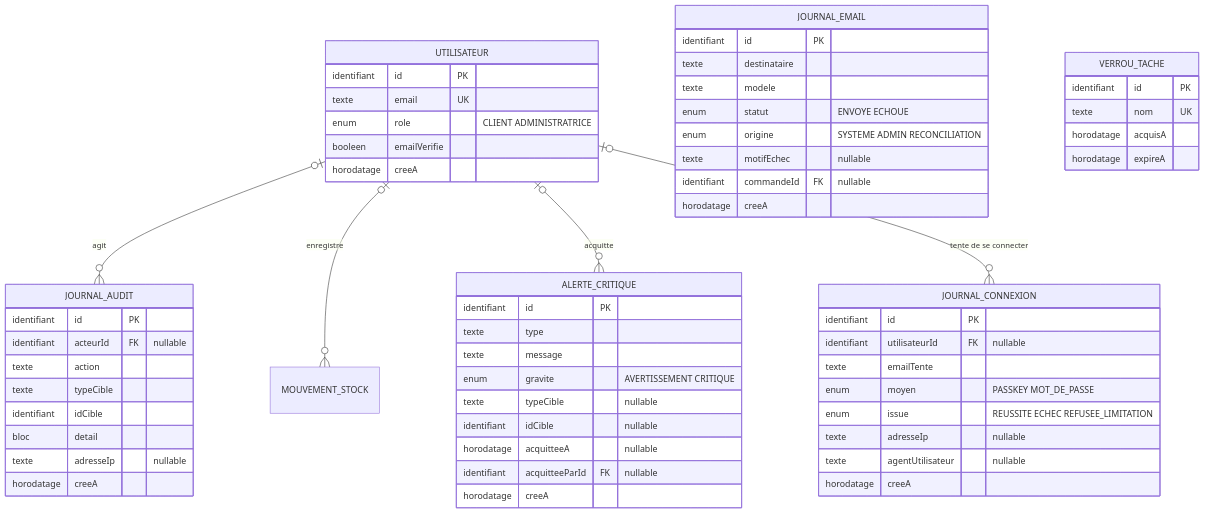
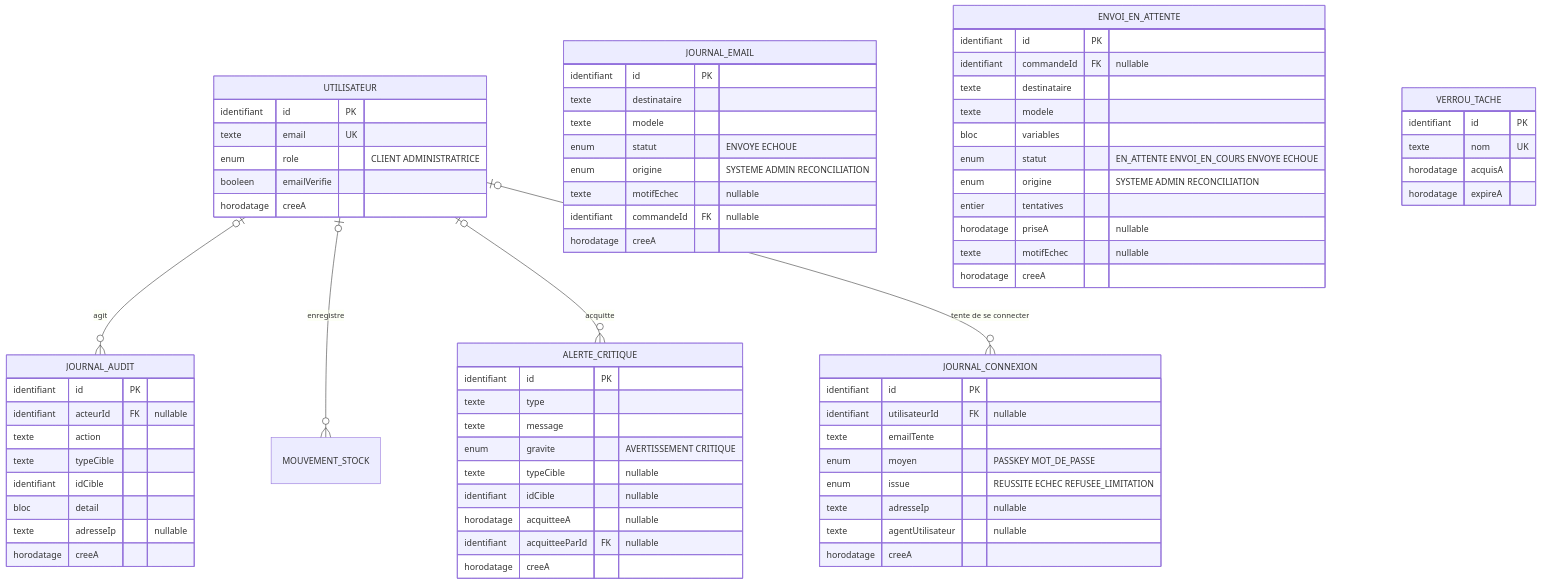
One commit to krismos64/lune-soleil changed the ninth of 9 diagrams in docs/architecture/MODELE-CONCEPTUEL.md. Above: the diagram before and after it, drawn with Mermaid. The commit also changed 26 other files, not shown here.

````diff
--- a/docs/architecture/MODELE-CONCEPTUEL.md
+++ b/docs/architecture/MODELE-CONCEPTUEL.md
@@ -1386,62 +1386,75 @@
 ```mermaid
 erDiagram
     UTILISATEUR |o--o{ JOURNAL_AUDIT : "agit"
     UTILISATEUR |o--o{ MOUVEMENT_STOCK : "enregistre"
     UTILISATEUR |o--o{ ALERTE_CRITIQUE : "acquitte"
     UTILISATEUR |o--o{ JOURNAL_CONNEXION : "tente de se connecter"
 
     UTILISATEUR {
         identifiant id PK
         texte email UK
         enum role "CLIENT ADMINISTRATRICE"
         booleen emailVerifie
         horodatage creeA
     }
     JOURNAL_AUDIT {
         identifiant id PK
         identifiant acteurId FK "nullable"
         texte action
         texte typeCible
         identifiant idCible
         bloc detail
         texte adresseIp "nullable"
         horodatage creeA
     }
     JOURNAL_EMAIL {
         identifiant id PK
         texte destinataire
         texte modele
         enum statut "ENVOYE ECHOUE"
         enum origine "SYSTEME ADMIN RECONCILIATION"
         texte motifEchec "nullable"
         identifiant commandeId FK "nullable"
         horodatage creeA
     }
+    ENVOI_EN_ATTENTE {
+        identifiant id PK
+        identifiant commandeId FK "nullable"
+        texte destinataire
+        texte modele
+        bloc variables
+        enum statut "EN_ATTENTE ENVOI_EN_COURS ENVOYE ECHOUE"
+        enum origine "SYSTEME ADMIN RECONCILIATION"
+        entier tentatives
+        horodatage priseA "nullable"
+        texte motifEchec "nullable"
+        horodatage creeA
+    }
     ALERTE_CRITIQUE {
         identifiant id PK
         texte type
         texte message
         enum gravite "AVERTISSEMENT CRITIQUE"
         texte typeCible "nullable"
         identifiant idCible "nullable"
         horodatage acquitteeA "nullable"
         identifiant acquitteeParId FK "nullable"
         horodatage creeA
     }
     JOURNAL_CONNEXION {
         identifiant id PK
         identifiant utilisateurId FK "nullable"
         texte emailTente
         enum moyen "PASSKEY MOT_DE_PASSE"
         enum issue "REUSSITE ECHEC REFUSEE_LIMITATION"
         texte adresseIp "nullable"
         texte agentUtilisateur "nullable"
         horodatage creeA
     }
     VERROU_TACHE {
         identifiant id PK
         texte nom UK
         horodatage acquisA
         horodatage expireA
     }
 ```
````
